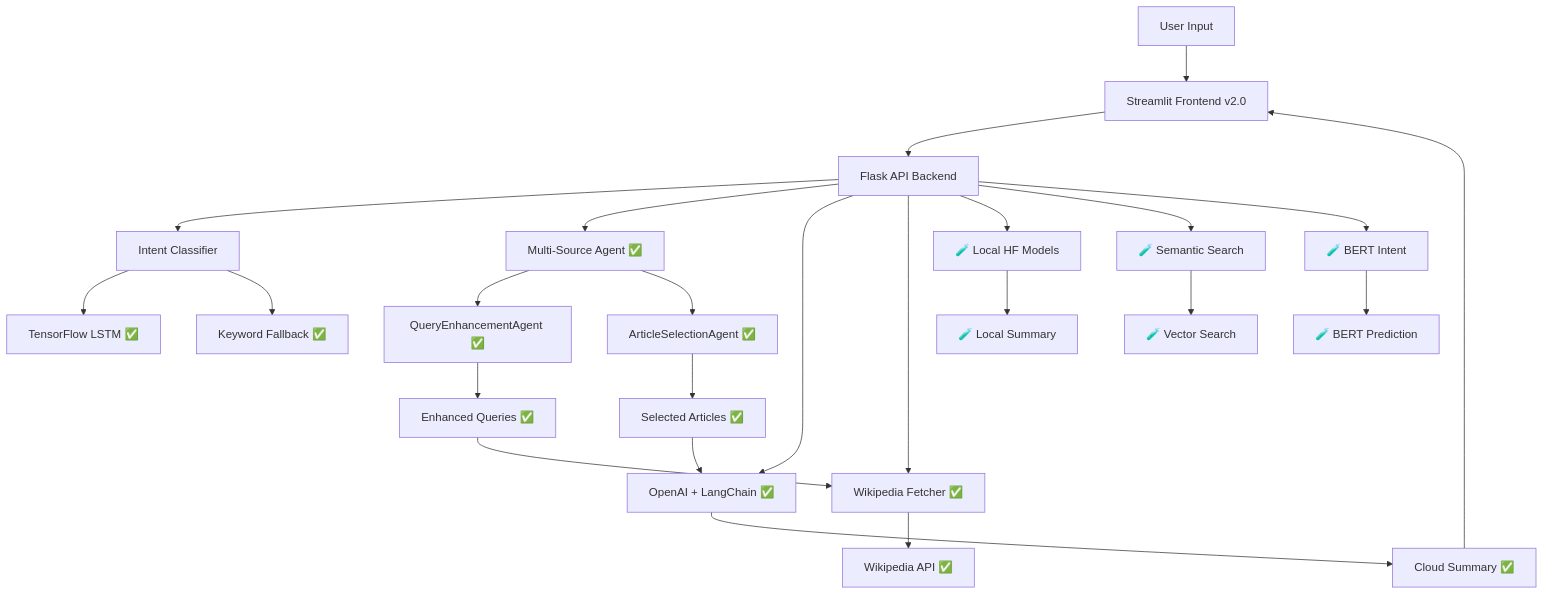
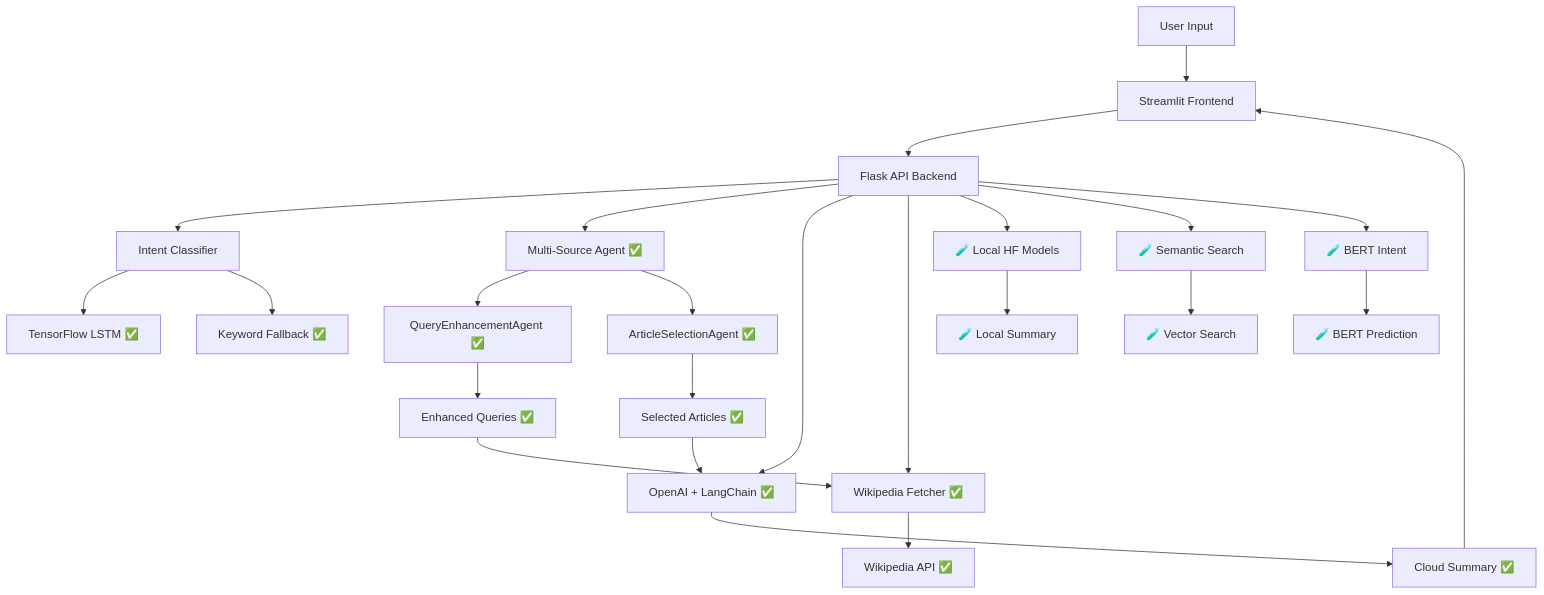
Before and after one commit to mathieudelehaye/SummarEaseAI: the diagram in README.md, drawn with Mermaid. The commit also changed other lines of this file, not shown here.

````diff
--- a/README.md
+++ b/README.md
@@ -201,28 +201,28 @@
 ```mermaid
 graph TD
-    A[User Input] --> B[Streamlit Frontend v2.0]
+    A[User Input] --> B[Streamlit Frontend]
     B --> C[Flask API Backend]
     C --> D[Intent Classifier]
     D --> E[TensorFlow LSTM ✅]
     D --> F[Keyword Fallback ✅]
     C --> G[Multi-Source Agent ✅]
     G --> H[QueryEnhancementAgent ✅]
     G --> I[ArticleSelectionAgent ✅]
     C --> J[OpenAI + LangChain ✅]
     C --> K[Wikipedia Fetcher ✅]
     K --> L[Wikipedia API ✅]
     J --> M[Cloud Summary ✅]
     H --> N[Enhanced Queries ✅]
     I --> O[Selected Articles ✅]
     M --> B
     N --> K
     O --> J
     
     %% Under Test Features
     C --> P[🧪 Local HF Models]
     C --> Q[🧪 Semantic Search]
     C --> R[🧪 BERT Intent]
     P --> S[🧪 Local Summary]
     Q --> T[🧪 Vector Search]
     R --> U[🧪 BERT Prediction]
 ```
````
